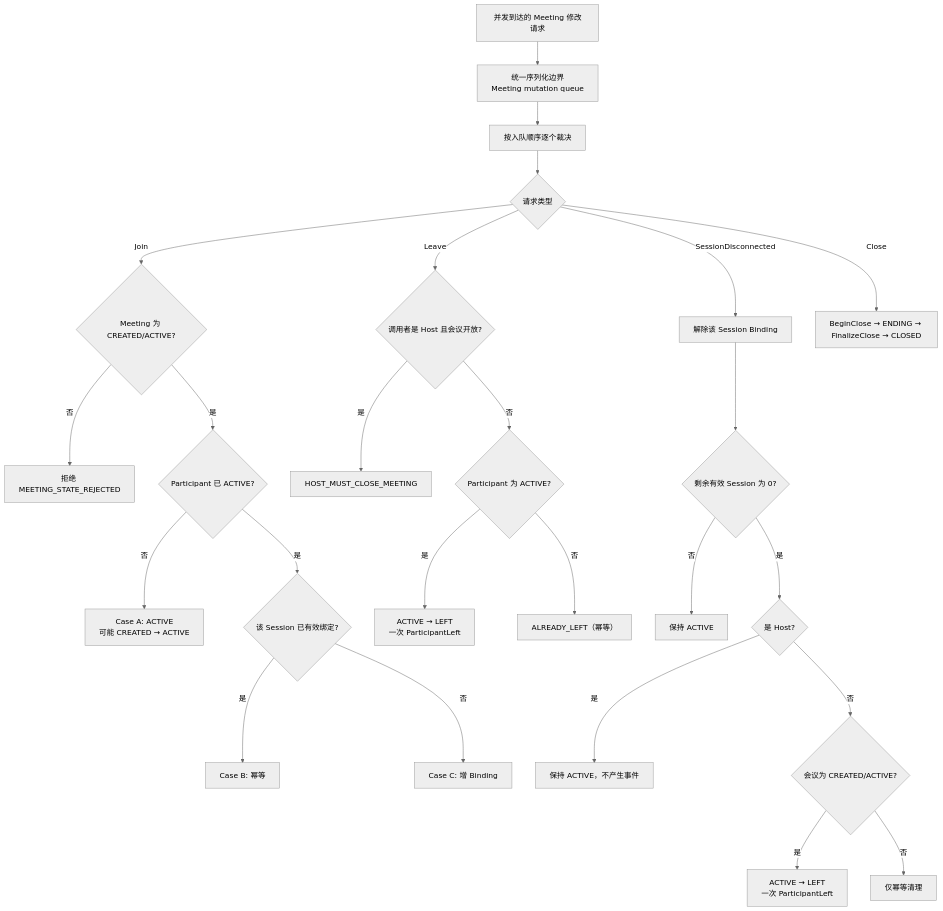
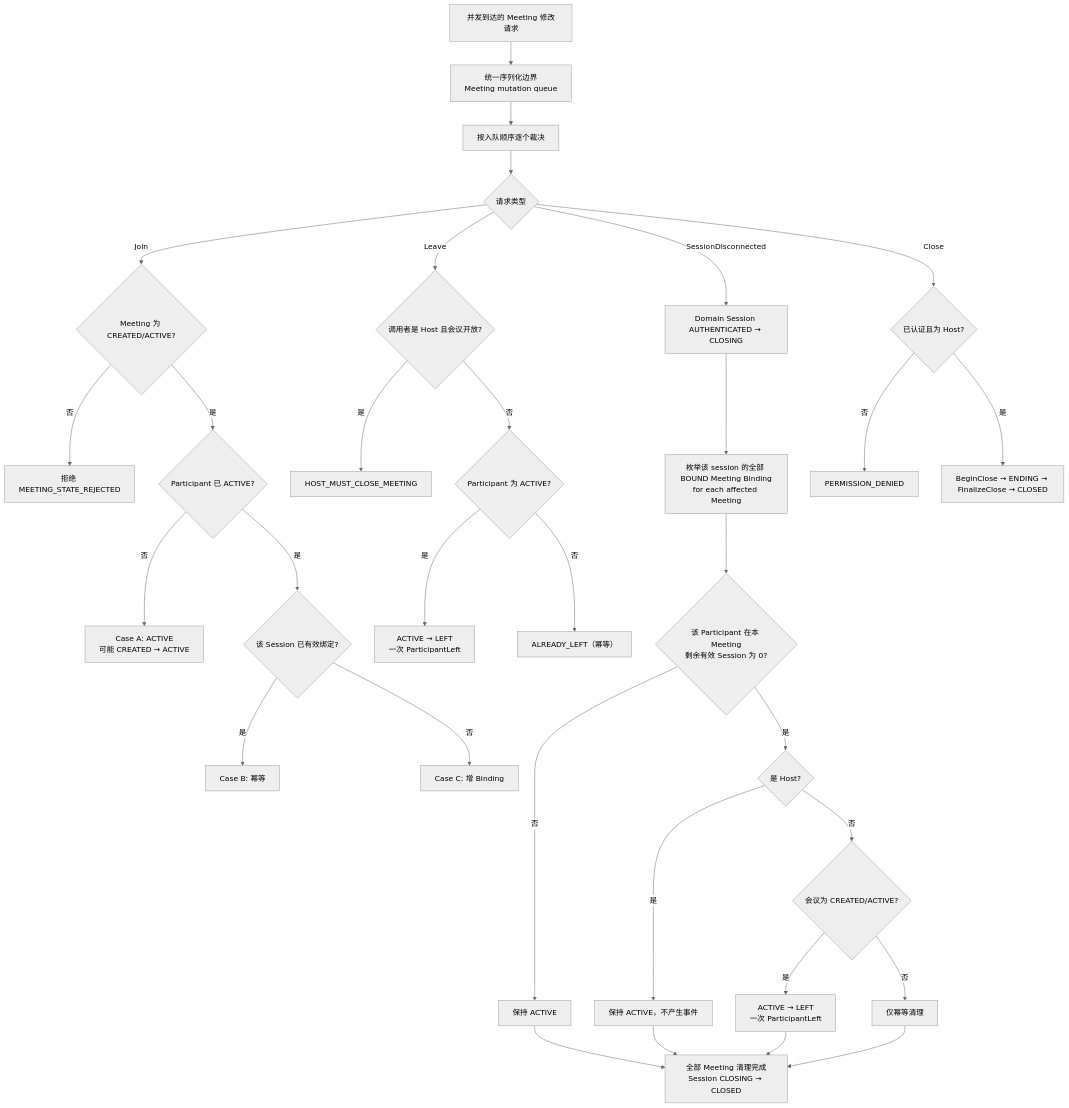
The seventh of 7 diagrams in docs/phase1/STEP-1.3-state-machines.md (tobeki/rtc-signaling-platform), drawn with Mermaid (neutral theme) before and after one commit. The commit also changed other lines of this file, not shown here.

Commit message:
docs(phase1): Step 1.3 design review fix - transport/domain split, disconnect fan-out, permission-before-idempotency

````diff
--- a/docs/phase1/STEP-1.3-state-machines.md
+++ b/docs/phase1/STEP-1.3-state-machines.md
@@ -913,27 +1158,34 @@
 ```mermaid
 flowchart TD
     A["并发到达的 Meeting 修改请求"] --> B["统一序列化边界<br/>Meeting mutation queue"]
     B --> C["按入队顺序逐个裁决"]
     C --> D{"请求类型"}
     D -- "Join" --> E{"Meeting 为 CREATED/ACTIVE?"}
     E -- "否" --> E1["拒绝 MEETING_STATE_REJECTED"]
     E -- "是" --> E2{"Participant 已 ACTIVE?"}
     E2 -- "否" --> E3["Case A: ACTIVE<br/>可能 CREATED → ACTIVE"]
     E2 -- "是" --> E4{"该 Session 已有效绑定?"}
     E4 -- "是" --> E5["Case B: 幂等"]
     E4 -- "否" --> E6["Case C: 增 Binding"]
     D -- "Leave" --> F{"调用者是 Host 且会议开放?"}
     F -- "是" --> F1["HOST_MUST_CLOSE_MEETING"]
     F -- "否" --> F2{"Participant 为 ACTIVE?"}
     F2 -- "是" --> F3["ACTIVE → LEFT<br/>一次 ParticipantLeft"]
     F2 -- "否" --> F4["ALREADY_LEFT（幂等）"]
-    D -- "SessionDisconnected" --> G["解除该 Session Binding"]
-    G --> G1{"剩余有效 Session 为 0?"}
+    D -- "SessionDisconnected" --> G0["Domain Session AUTHENTICATED → CLOSING"]
+    G0 --> G0b["枚举该 session 的全部 BOUND Meeting Binding<br/>for each affected Meeting"]
+    G0b --> G1{"该 Participant 在本 Meeting<br/>剩余有效 Session 为 0?"}
     G1 -- "否" --> G2["保持 ACTIVE"]
     G1 -- "是" --> G3{"是 Host?"}
     G3 -- "是" --> G4["保持 ACTIVE，不产生事件"]
     G3 -- "否" --> G5{"会议为 CREATED/ACTIVE?"}
     G5 -- "是" --> G6["ACTIVE → LEFT<br/>一次 ParticipantLeft"]
     G5 -- "否" --> G7["仅幂等清理"]
-    D -- "Close" --> H["BeginClose → ENDING → FinalizeClose → CLOSED"]
+    G2 --> G8["全部 Meeting 清理完成<br/>Session CLOSING → CLOSED"]
+    G4 --> G8
+    G6 --> G8
+    G7 --> G8
+    D -- "Close" --> H0{"已认证且为 Host?"}
+    H0 -- "否" --> H1["PERMISSION_DENIED"]
+    H0 -- "是" --> H["BeginClose → ENDING → FinalizeClose → CLOSED"]
 ```
````
